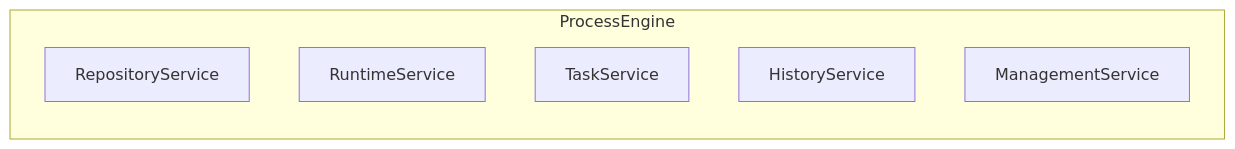
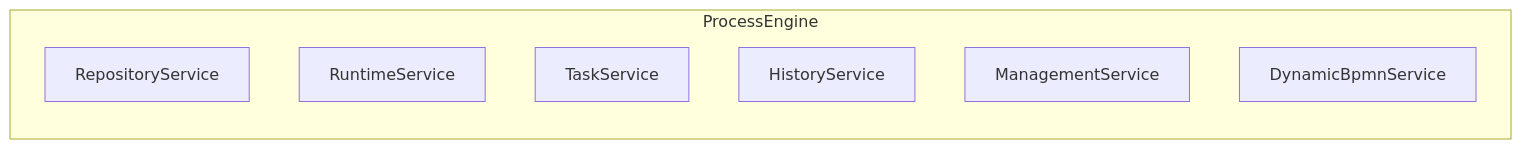
One commit to CaptainGlac1er/activiti-documentation changed the diagram in docs/api-reference/engine-api/README.md. Above: the diagram before and after it, drawn with Mermaid. The commit also changed other lines of this file and 53 other files, not shown here.

````diff
--- a/docs/api-reference/engine-api/README.md
+++ b/docs/api-reference/engine-api/README.md
@@ -13,11 +13,12 @@
 ```mermaid
 flowchart TD
     subgraph ProcessEngine["ProcessEngine"]
         direction TB
         Repo["RepositoryService"]
         Runtime["RuntimeService"]
         Task["TaskService"]
         History["HistoryService"]
         Mgmt["ManagementService"]
+        DynamicBpmn["DynamicBpmnService"]
     end
 ```
````
